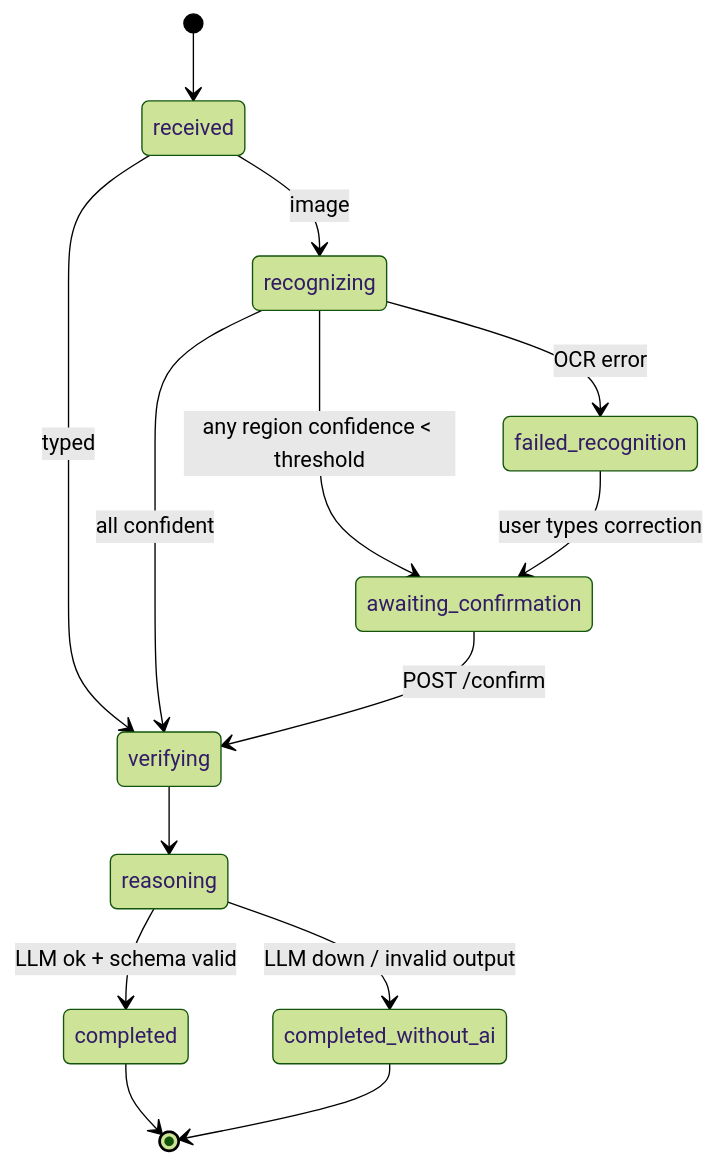
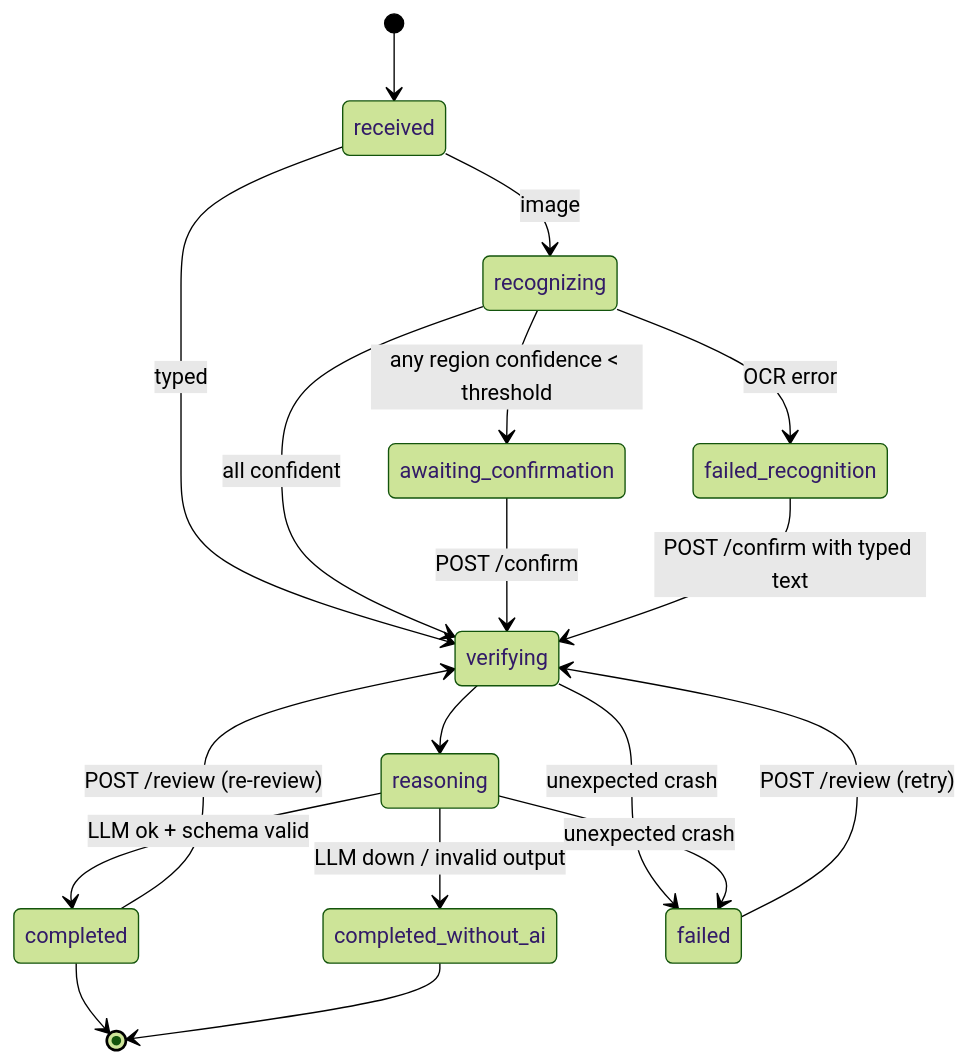
One commit to MUKUL-PRASAD-SIGH/MATHMIND changed the fourth of 5 diagrams in docs/02-architecture.md. Above: the diagram before and after it, drawn with Mermaid (forest theme). The commit also changed 16 other files, not shown here.

````diff
--- a/docs/02-architecture.md
+++ b/docs/02-architecture.md
@@ -180,16 +180,20 @@
 ```mermaid
 stateDiagram-v2
     [*] --> received
     received --> recognizing: image
     received --> verifying: typed
     recognizing --> awaiting_confirmation: any region confidence < threshold
     recognizing --> verifying: all confident
     recognizing --> failed_recognition: OCR error
     awaiting_confirmation --> verifying: POST /confirm
     verifying --> reasoning
     reasoning --> completed: LLM ok + schema valid
     reasoning --> completed_without_ai: LLM down / invalid output
-    failed_recognition --> awaiting_confirmation: user types correction
+    failed_recognition --> verifying: POST /confirm with typed text
+    verifying --> failed: unexpected crash
+    reasoning --> failed: unexpected crash
+    completed --> verifying: POST /review (re-review)
+    failed --> verifying: POST /review (retry)
     completed --> [*]
     completed_without_ai --> [*]
 ```
````
